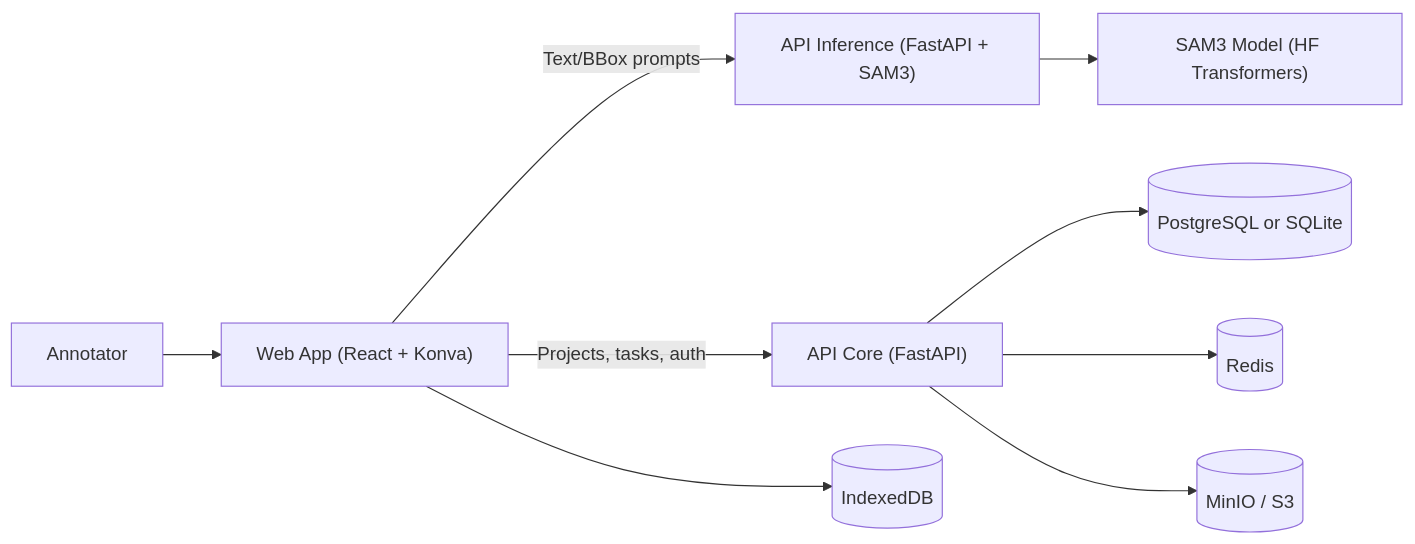
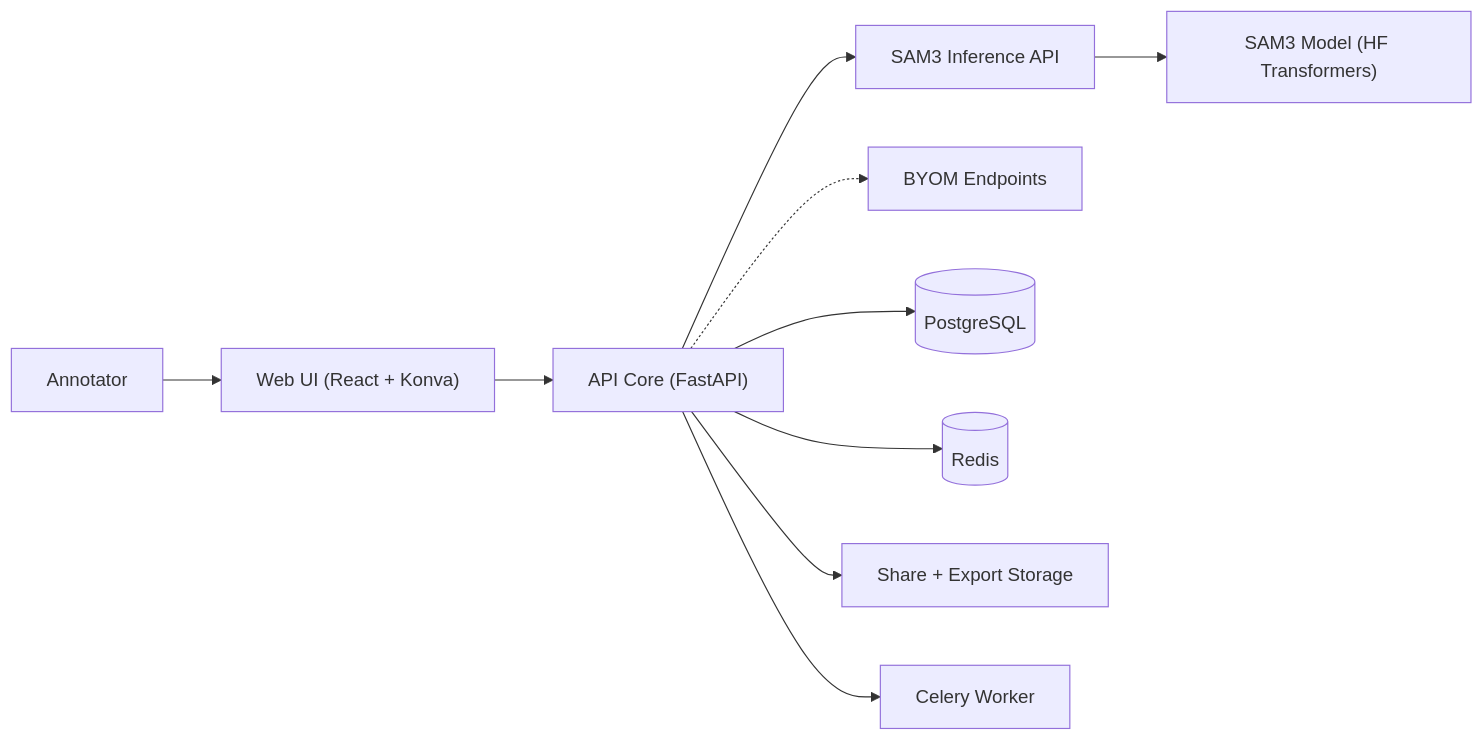
Before and after one commit to agfianf/annotate-anu: the diagram in README.md, drawn with Mermaid. The commit also changed other lines of this file, not shown here.

````diff
--- a/README.md
+++ b/README.md
@@ -80,14 +125,14 @@
 ```mermaid
 flowchart LR
-  user[Annotator] --> web["Web App (React + Konva)"]
+  user[Annotator] --> web["Web UI (React + Konva)"]
+  web --> core["API Core (FastAPI)"]
 
-  web -->|Text/BBox prompts| inference["API Inference (FastAPI + SAM3)"]
-  web -->|Projects, tasks, auth| core["API Core (FastAPI)"]
+  core --> inference["SAM3 Inference API"]
+  inference --> sam3["SAM3 Model (HF Transformers)"]
+  core -.-> byom["BYOM Endpoints"]
 
-  inference --> sam3["SAM3 Model (HF Transformers)"]
-
-  web --> idb[(IndexedDB)]
-  core --> db[(PostgreSQL or SQLite)]
+  core --> db[(PostgreSQL)]
   core --> redis[(Redis)]
-  core --> minio[(MinIO / S3)]
+  core --> storage["Share + Export Storage"]
+  core --> worker["Celery Worker"]
 ```
````
